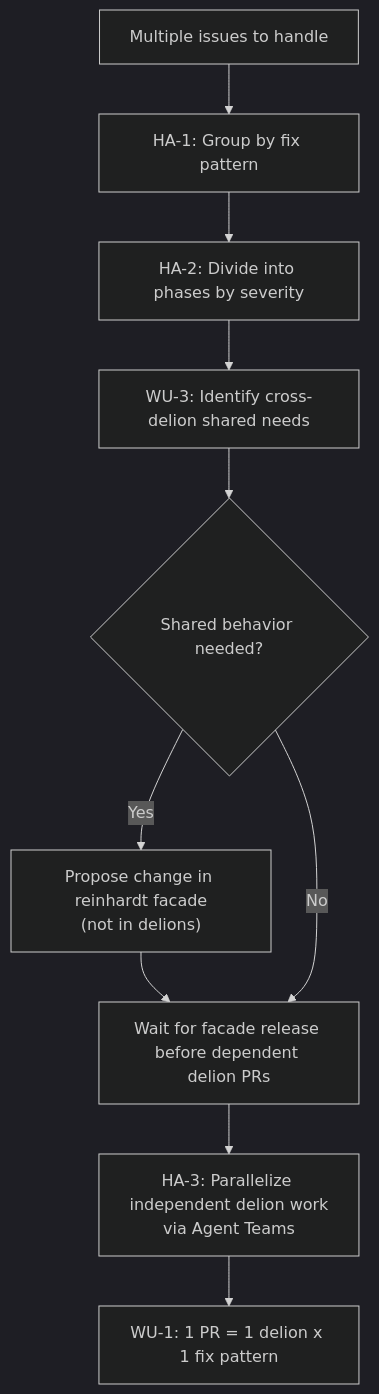
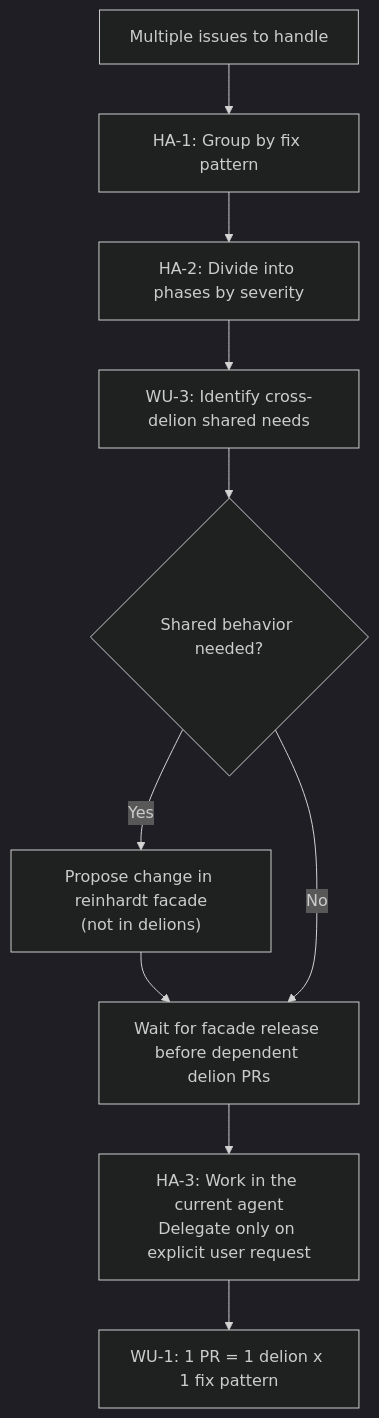
The first of 2 diagrams in instructions/ISSUE_HANDLING.md (kent8192/awesome-delions), drawn with Mermaid (dark theme) before and after one commit. The commit also changed other lines of this file and 2 other files, not shown here.

First line of the commit message:
docs(agents): default to single-agent execution

````diff
--- a/instructions/ISSUE_HANDLING.md
+++ b/instructions/ISSUE_HANDLING.md
@@ -13,12 +13,12 @@
 ```mermaid
 flowchart TD
     A[Multiple issues to handle] --> B["HA-1: Group by fix pattern"]
     B --> C["HA-2: Divide into phases by severity"]
     C --> D["WU-3: Identify cross-delion shared needs"]
     D --> E{Shared behavior needed?}
     E -->|Yes| F["Propose change in reinhardt facade<br/>(not in delions)"]
     F --> G["Wait for facade release before dependent delion PRs"]
     E -->|No| G
-    G --> H["HA-3: Parallelize independent delion work<br/>via Agent Teams"]
+    G --> H["HA-3: Work in the current agent<br/>Delegate only on explicit user request"]
     H --> I["WU-1: 1 PR = 1 delion x 1 fix pattern"]
 ```
````
